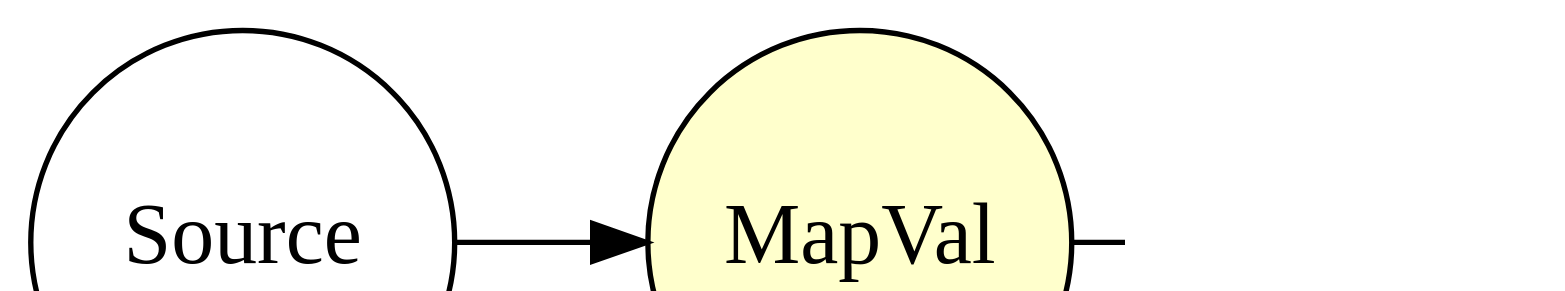
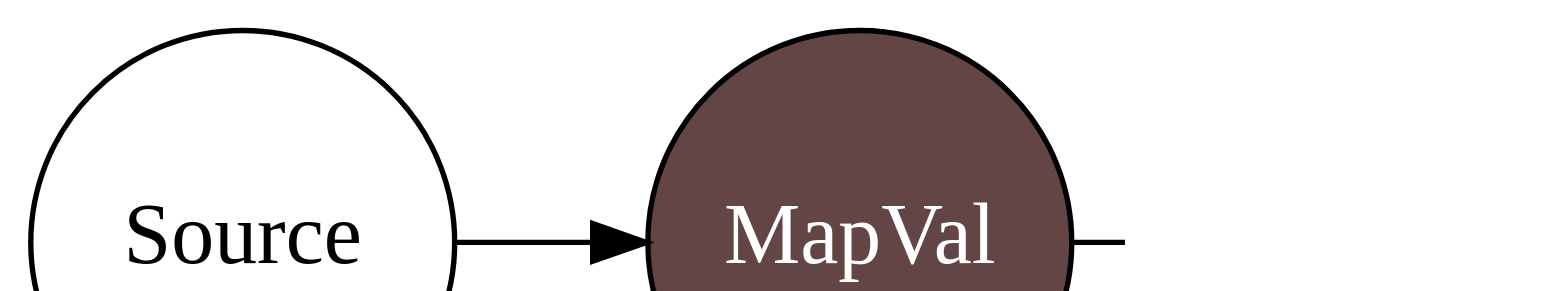
Diagram 36 of 55 in src/main/asciidoc/lecture.adoc (inponomarev/kafka-hjs), drawn with Graphviz before and after one commit. The commit also changed other lines of this file and 18 other files, not shown here.

```diff
--- a/src/main/asciidoc/lecture.adoc
+++ b/src/main/asciidoc/lecture.adoc
@@ -1775,12 +1777,12 @@
 [graphviz, "yelling-topology2.png"]
 -----
 digraph G {
 graph [ dpi = 150 ]; 
 rankdir="LR";
 node [fontsize=16; shape="circle"; fixedsize="true"; width="1.1"];
-MapVal[style=filled; fillcolor="#ffffcc"];
+MapVal[style=filled; fillcolor="#634545"; fontcolor="#ffffff"];
 
 Source -> MapVal -> Sink
 
 }
 -----
```
